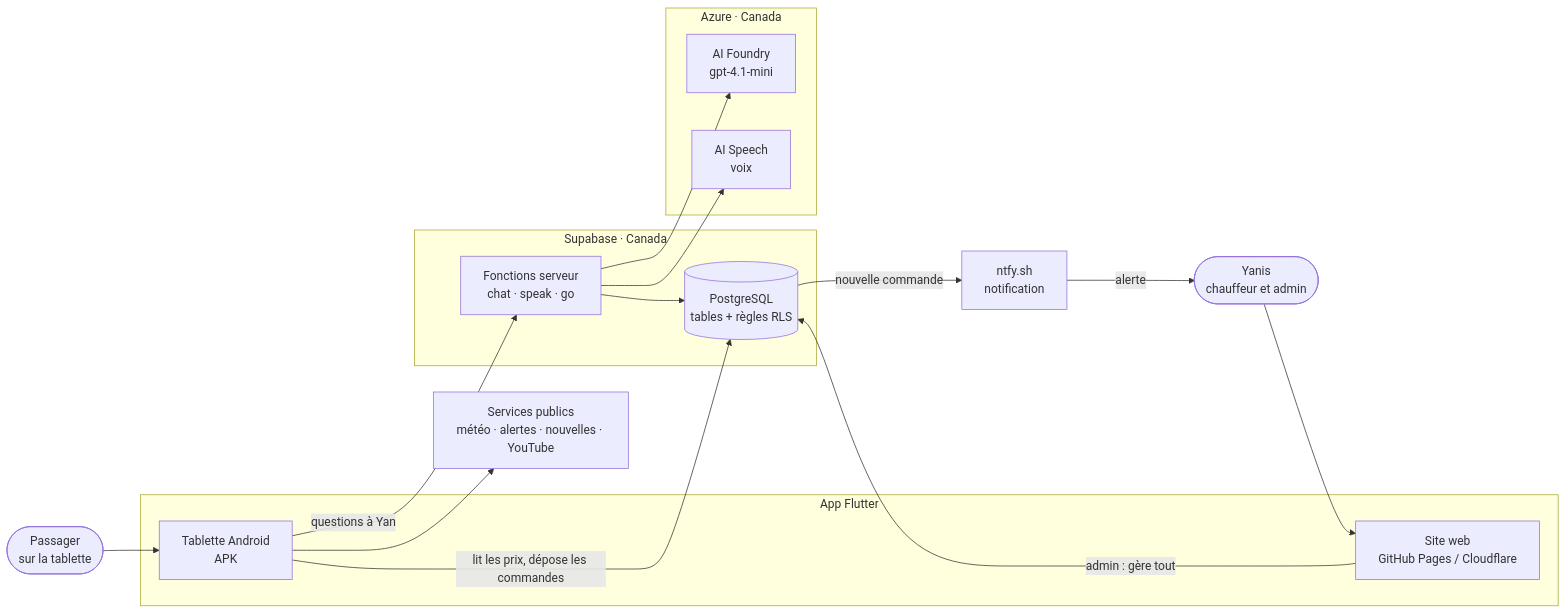
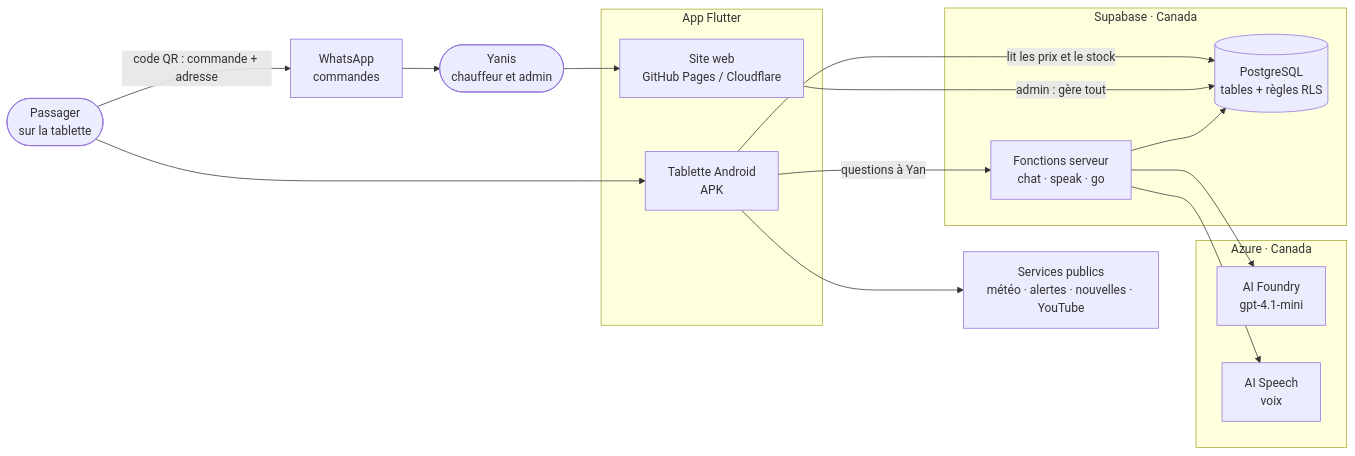
Before and after one commit to Yanis312/ride-with-yan: the first of 2 diagrams in docs/01-architecture.md, drawn with Mermaid. The commit also changed other lines of this file and 49 other files, not shown here.

First line of the commit message:
feat(boutique): rayons hommes et femmes, doudounes, commande WhatsApp

````diff
--- a/docs/01-architecture.md
+++ b/docs/01-architecture.md
@@ -7,35 +7,35 @@
 ```mermaid
 flowchart LR
     passager([Passager<br/>sur la tablette])
     yanis([Yanis<br/>chauffeur et admin])
 
     subgraph app [App Flutter]
         tablette[Tablette Android<br/>APK]
         web[Site web<br/>GitHub Pages / Cloudflare]
     end
 
     subgraph supabase [Supabase · Canada]
         db[(PostgreSQL<br/>tables + règles RLS)]
         fn[Fonctions serveur<br/>chat · speak · go]
     end
 
     subgraph azure [Azure · Canada]
         llm[AI Foundry<br/>gpt-4.1-mini]
         speech[AI Speech<br/>voix]
     end
 
     ext[Services publics<br/>météo · alertes · nouvelles · YouTube]
-    ntfy[ntfy.sh<br/>notification]
+    wa[WhatsApp<br/>commandes]
 
     passager --> tablette
     yanis --> web
-    tablette -->|lit les prix, dépose les commandes| db
+    tablette -->|lit les prix et le stock| db
+    passager -->|code QR : commande + adresse| wa
+    wa --> yanis
     web -->|admin : gère tout| db
     tablette -->|questions à Yan| fn
     fn --> llm
     fn --> speech
     fn --> db
-    db -->|nouvelle commande| ntfy
-    ntfy -->|alerte| yanis
     tablette --> ext
 ```
````
